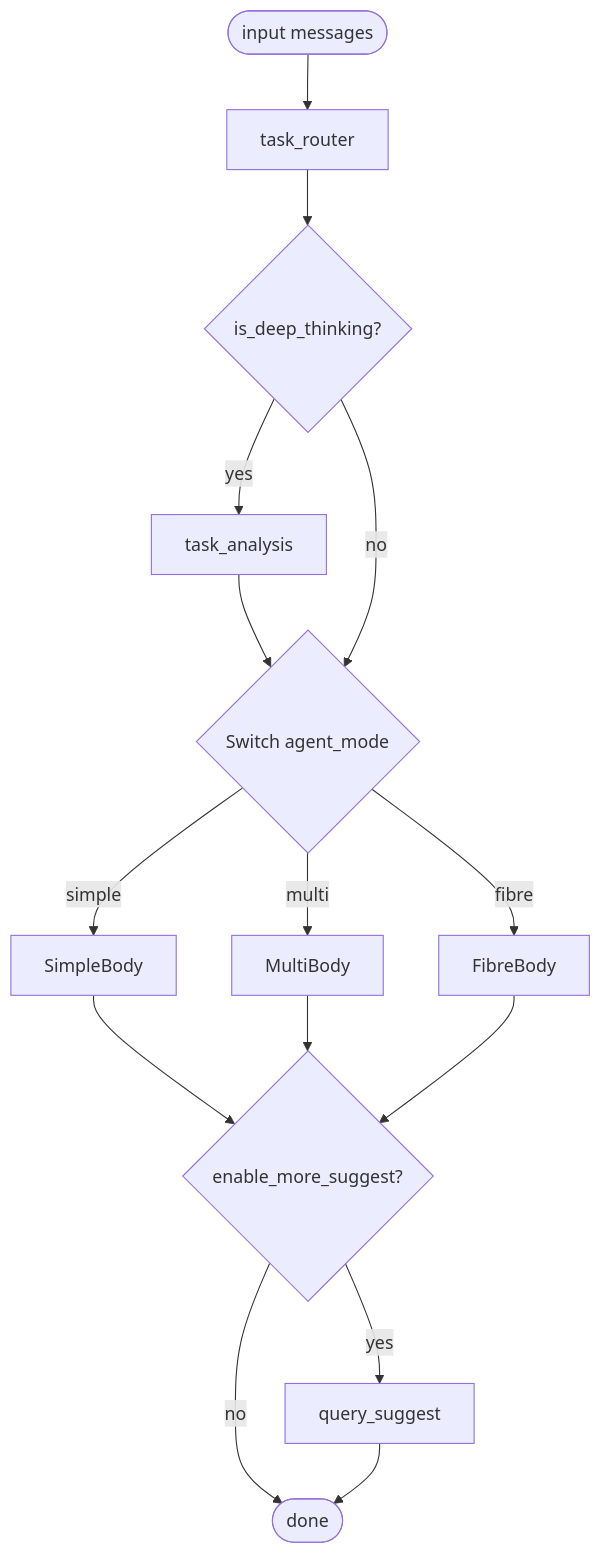
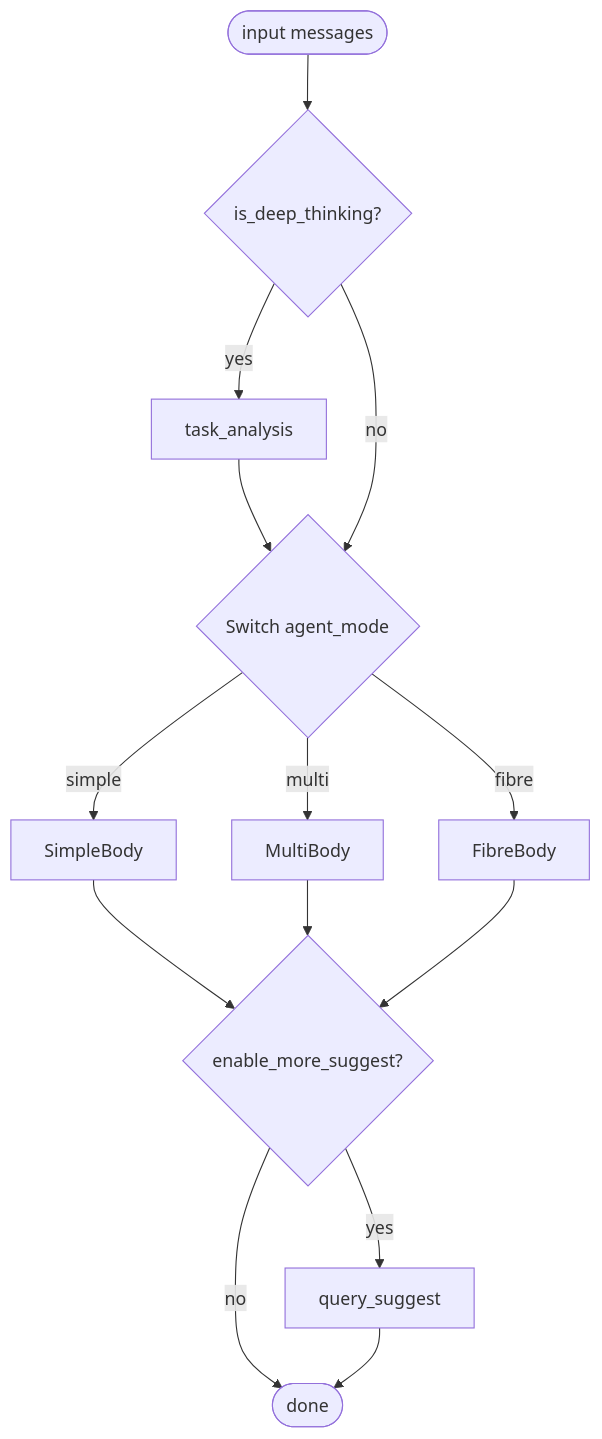
Before and after one commit to ZHangZHengEric/Sage: the seventh of 10 diagrams in docs/en/architecture/ARCHITECTURE_SAGENTS_AGENT_FLOW.md, drawn with Mermaid. The commit also changed other lines of this file and 37 other files, not shown here.

First line of the commit message:
Remove task router; refactor plan agent; add lint tool and structured tool errors

````diff
--- a/docs/en/architecture/ARCHITECTURE_SAGENTS_AGENT_FLOW.md
+++ b/docs/en/architecture/ARCHITECTURE_SAGENTS_AGENT_FLOW.md
@@ -166,18 +165,17 @@
 ```mermaid
 flowchart TB
-    Start([input messages]) --> R[task_router]
-    R --> DT{is_deep_thinking?}
+    Start([input messages]) --> DT{is_deep_thinking?}
     DT -->|yes| Ana[task_analysis] --> Sw
     DT -->|no| Sw
     Sw{Switch agent_mode}
     Sw -->|simple| SimpleBody
     Sw -->|multi| MultiBody
     Sw -->|fibre| FibreBody
     SimpleBody --> More
     MultiBody --> More
     FibreBody --> More
     More{enable_more_suggest?}
     More -->|yes| QS[query_suggest]
     More -->|no| End
     QS --> End([done])
 ```
````
